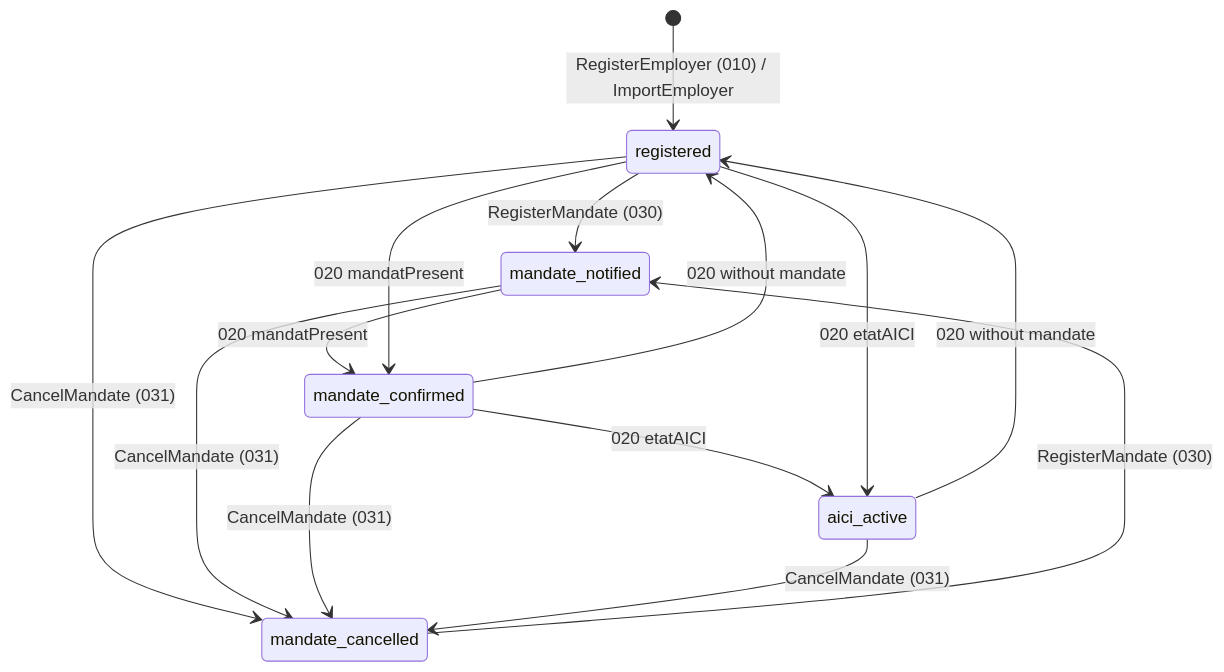
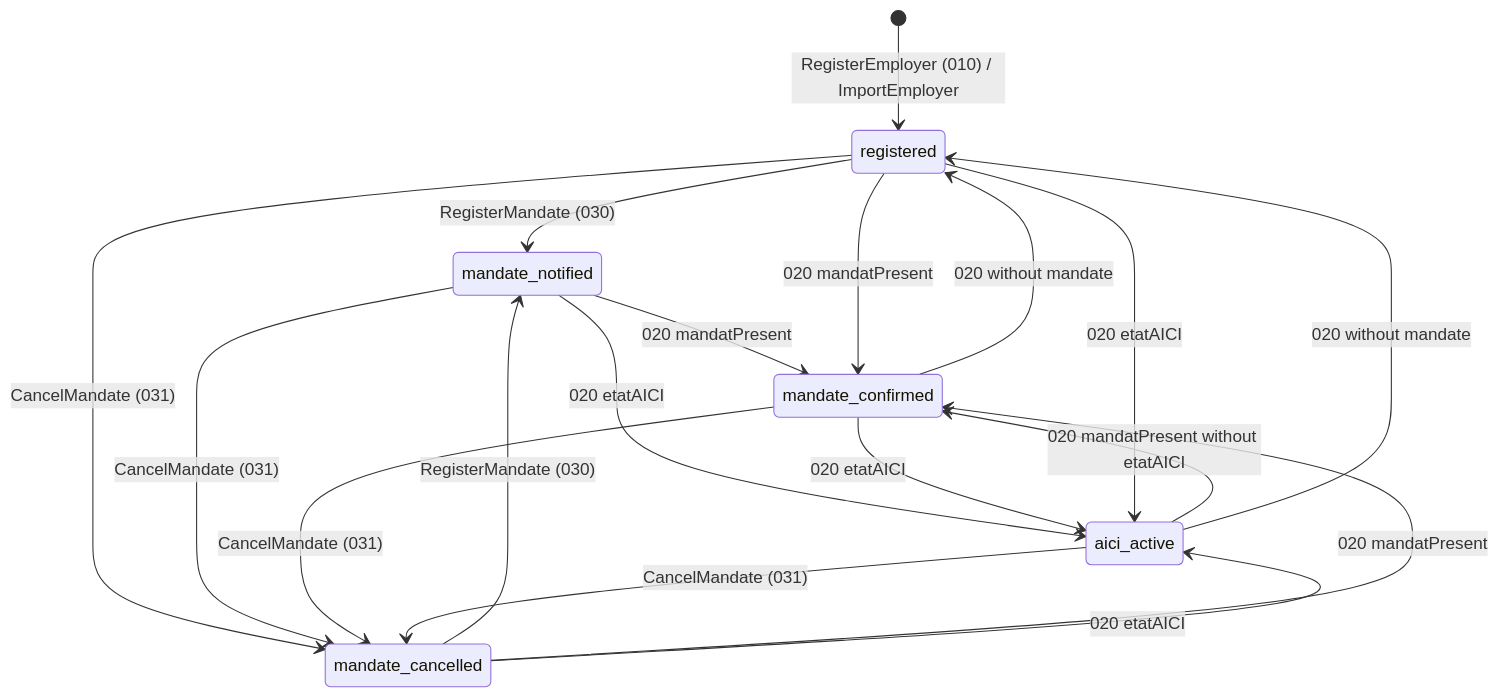
Before and after one commit to TheBeardedBearSAS/urssaf-tierce-declaration-cesu: the first of 3 diagrams in docs/workflow.md, drawn with Mermaid. The commit also changed 24 other files, not shown here.

````diff
--- a/docs/workflow.md
+++ b/docs/workflow.md
@@ -13,16 +13,20 @@
 ```mermaid
 stateDiagram-v2
     [*] --> registered: RegisterEmployer (010) / ImportEmployer
     registered --> mandate_notified: RegisterMandate (030)
     mandate_cancelled --> mandate_notified: RegisterMandate (030)
     mandate_notified --> mandate_confirmed: 020 mandatPresent
+    mandate_cancelled --> mandate_confirmed: 020 mandatPresent
     registered --> mandate_confirmed: 020 mandatPresent
+    mandate_notified --> aici_active: 020 etatAICI
+    mandate_cancelled --> aici_active: 020 etatAICI
     mandate_confirmed --> aici_active: 020 etatAICI
+    aici_active --> mandate_confirmed: 020 mandatPresent without etatAICI
     registered --> aici_active: 020 etatAICI
     mandate_confirmed --> registered: 020 without mandate
     aici_active --> registered: 020 without mandate
     registered --> mandate_cancelled: CancelMandate (031)
     mandate_notified --> mandate_cancelled: CancelMandate (031)
     mandate_confirmed --> mandate_cancelled: CancelMandate (031)
     aici_active --> mandate_cancelled: CancelMandate (031)
 ```
````
